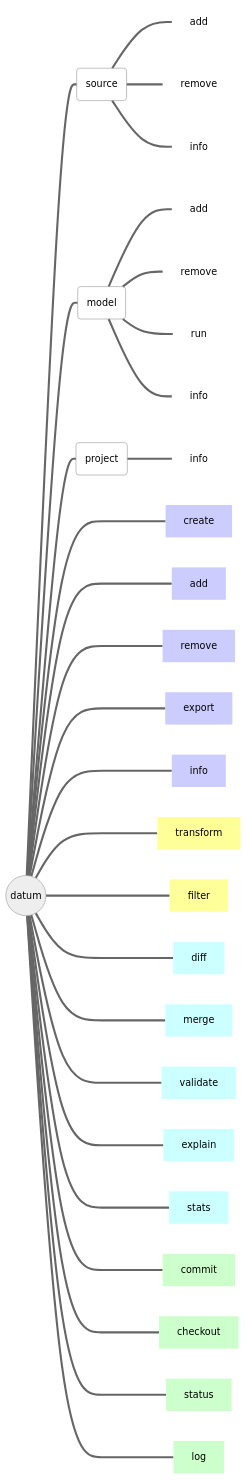
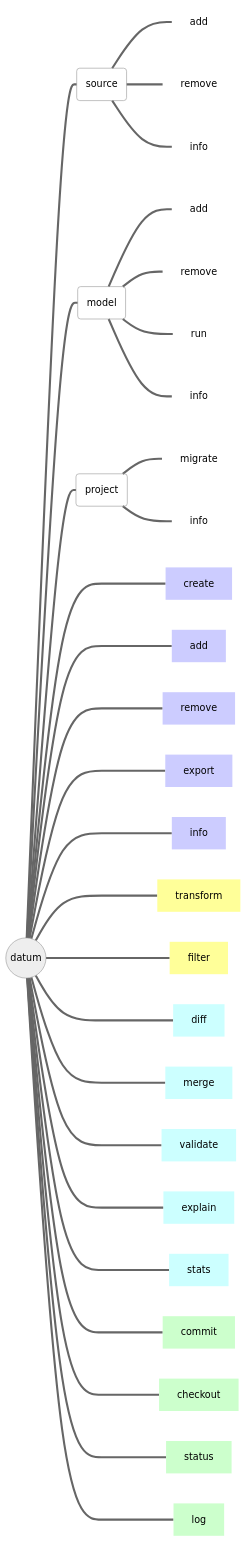
The diagram in site/content/en/docs/user-manual/command-reference/_index.md (openvinotoolkit/datumaro), drawn with Mermaid before and after one commit. The commit also changed 2 other files, not shown here.

Commit message:
Add migrate docs

````diff
--- a/site/content/en/docs/user-manual/command-reference/_index.md
+++ b/site/content/en/docs/user-manual/command-reference/_index.md
@@ -10,43 +10,44 @@
 ```mermaid
 %%{init { 'theme':'neutral' }}%%
 flowchart LR
   d(("#0009; datum #0009;")):::mainclass
   s(source):::nofillclass
   m(model):::nofillclass
   p(project):::nofillclass
 
   d===s
     s===id1[add]:::hideclass
     s===id2[remove]:::hideclass
     s===id3[info]:::hideclass
   d===m
     m===id4[add]:::hideclass
     m===id5[remove]:::hideclass
     m===id6[run]:::hideclass
     m===id7[info]:::hideclass
   d===p
+    p===migrate:::hideclass
     p===info:::hideclass
   d====str1[create]:::filloneclass
   d====str2[add]:::filloneclass
   d====str3[remove]:::filloneclass
   d====str4[export]:::filloneclass
   d====str5[info]:::filloneclass
   d====str6[transform]:::filltwoclass
   d====str7[filter]:::filltwoclass
   d====str8[diff]:::fillthreeclass
   d====str9[merge]:::fillthreeclass
   d====str10[validate]:::fillthreeclass
   d====str11[explain]:::fillthreeclass
   d====str12[stats]:::fillthreeclass
   d====str13[commit]:::fillfourclass
   d====str14[checkout]:::fillfourclass
   d====str15[status]:::fillfourclass
   d====str16[log]:::fillfourclass
 
   classDef nofillclass fill-opacity:0;
   classDef hideclass fill-opacity:0,stroke-opacity:0;
   classDef filloneclass fill:#CCCCFF,stroke-opacity:0;
   classDef filltwoclass fill:#FFFF99,stroke-opacity:0;
   classDef fillthreeclass fill:#CCFFFF,stroke-opacity:0;
   classDef fillfourclass fill:#CCFFCC,stroke-opacity:0;
 ```
````
